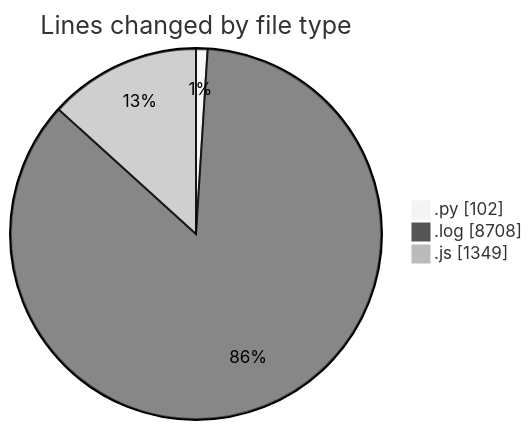
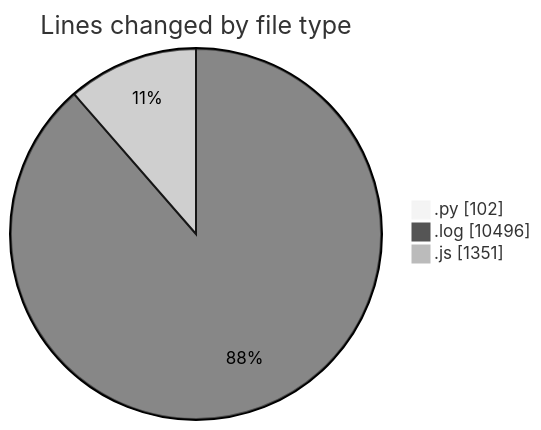
The first of 2 diagrams in 2025-04-19/nxtqube_webapp/README.md (nxtqubesakshisongat/code-tracking), drawn with Mermaid (neutral theme) before and after one commit. The commit also changed other lines of this file and 1 other file, not shown here.

````diff
--- a/2025-04-19/nxtqube_webapp/README.md
+++ b/2025-04-19/nxtqube_webapp/README.md
@@ -27,7 +28,7 @@
 ```mermaid
 pie showData
 title Lines changed by file type
 ".py" : 102
-".log" : 8708
-".js" : 1349
+".log" : 10496
+".js" : 1351
 ```
````
